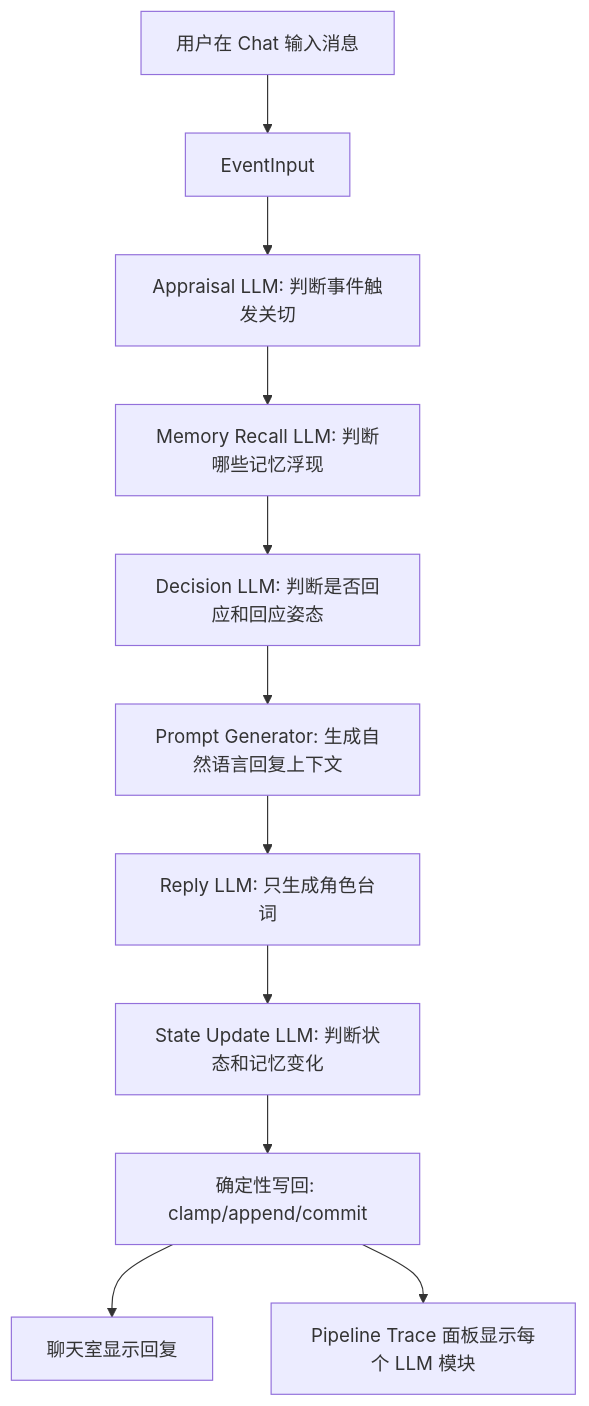
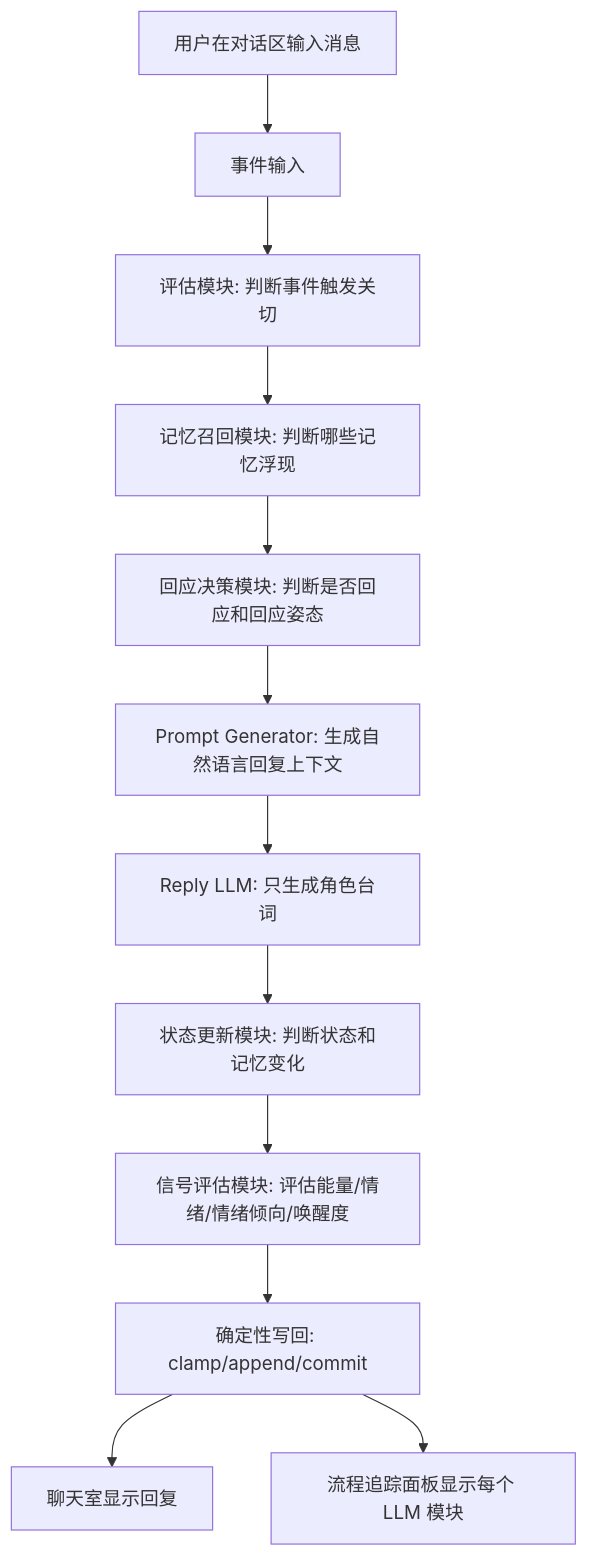
The third of 5 diagrams in docs/SYSTEM_FLOW.md (ttmanthatman/virtual-human-flow), drawn with Mermaid before and after one commit. The commit also changed other lines of this file and 17 other files, not shown here.

Commit message:
feat: add DeepSeek signal evaluation flow

````diff
--- a/docs/SYSTEM_FLOW.md
+++ b/docs/SYSTEM_FLOW.md
@@ -58,13 +58,14 @@
 ```mermaid
 flowchart TD
-    U[用户在 Chat 输入消息] --> E[EventInput]
-    E --> A[Appraisal LLM: 判断事件触发关切]
-    A --> M[Memory Recall LLM: 判断哪些记忆浮现]
-    M --> D[Decision LLM: 判断是否回应和回应姿态]
+    U[用户在对话区输入消息] --> E[事件输入]
+    E --> A[评估模块: 判断事件触发关切]
+    A --> M[记忆召回模块: 判断哪些记忆浮现]
+    M --> D[回应决策模块: 判断是否回应和回应姿态]
     D --> P[Prompt Generator: 生成自然语言回复上下文]
     P --> R[Reply LLM: 只生成角色台词]
-    R --> S[State Update LLM: 判断状态和记忆变化]
-    S --> W[确定性写回: clamp/append/commit]
+    R --> S[状态更新模块: 判断状态和记忆变化]
+    S --> G[信号评估模块: 评估能量/情绪/情绪倾向/唤醒度]
+    G --> W[确定性写回: clamp/append/commit]
     W --> C[聊天室显示回复]
-    W --> T[Pipeline Trace 面板显示每个 LLM 模块]
+    W --> T[流程追踪面板显示每个 LLM 模块]
 ```
````
